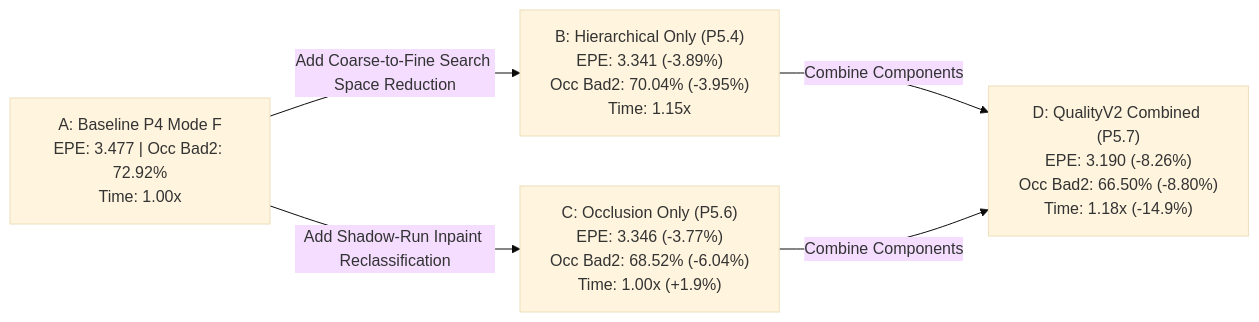
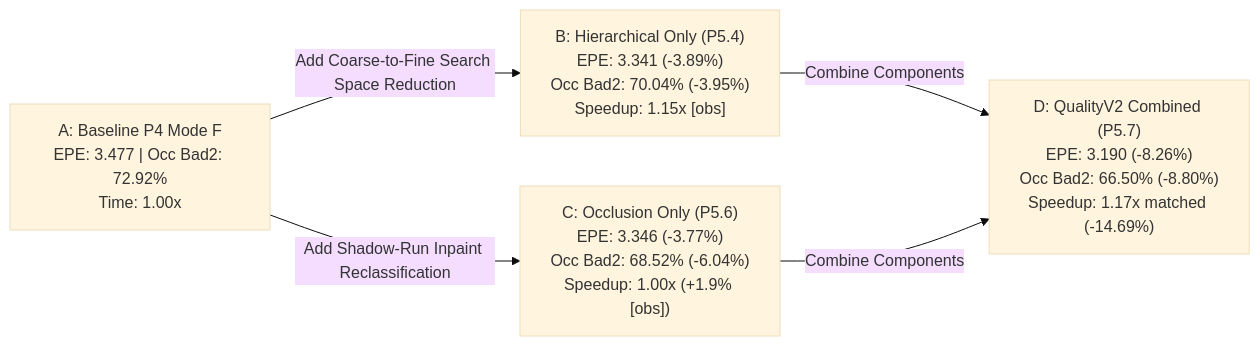
One commit to WildEgoLee/apg-sgm changed the diagram in docs/P5_7_QUALITY_V2_STUDY.md. Above: the diagram before and after it, drawn with Mermaid (base theme). The commit also changed other lines of this file and 10 other files, not shown here.

Commit message:
fix(profile): harden QualityV2 integration, preserve PostParams ABI, add matched latency and SHA-256 byte parity verifiers (P5.7)

````diff
--- a/docs/P5_7_QUALITY_V2_STUDY.md
+++ b/docs/P5_7_QUALITY_V2_STUDY.md
@@ -52,12 +52,12 @@
 ```mermaid
 flowchart LR
     Base["A: Baseline P4 Mode F<br>EPE: 3.477 | Occ Bad2: 72.92%<br>Time: 1.00x"]
-    Hier["B: Hierarchical Only (P5.4)<br>EPE: 3.341 (-3.89%)<br>Occ Bad2: 70.04% (-3.95%)<br>Time: 1.15x"]
-    Inp["C: Occlusion Only (P5.6)<br>EPE: 3.346 (-3.77%)<br>Occ Bad2: 68.52% (-6.04%)<br>Time: 1.00x (+1.9%)"]
-    QV2["D: QualityV2 Combined (P5.7)<br>EPE: 3.190 (-8.26%)<br>Occ Bad2: 66.50% (-8.80%)<br>Time: 1.18x (-14.9%)"]
+    Hier["B: Hierarchical Only (P5.4)<br>EPE: 3.341 (-3.89%)<br>Occ Bad2: 70.04% (-3.95%)<br>Speedup: 1.15x [obs]"]
+    Inp["C: Occlusion Only (P5.6)<br>EPE: 3.346 (-3.77%)<br>Occ Bad2: 68.52% (-6.04%)<br>Speedup: 1.00x (+1.9% [obs])"]
+    QV2["D: QualityV2 Combined (P5.7)<br>EPE: 3.190 (-8.26%)<br>Occ Bad2: 66.50% (-8.80%)<br>Speedup: 1.17x matched (-14.69%)"]
 
     Base -->|Add Coarse-to-Fine Search Space Reduction| Hier
     Base -->|Add Shadow-Run Inpaint Reclassification| Inp
     Hier -->|Combine Components| QV2
     Inp -->|Combine Components| QV2
 ```
````
